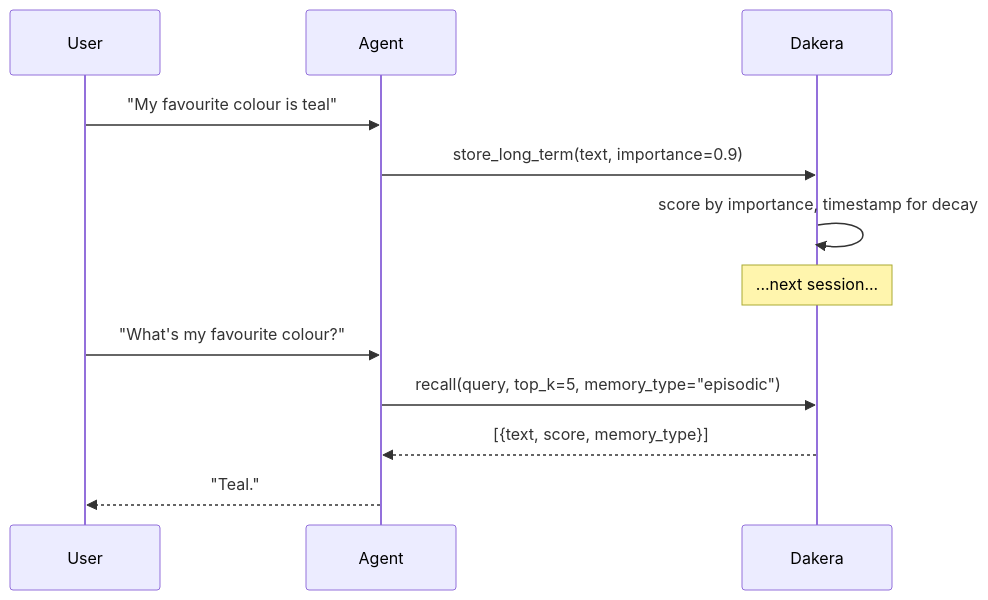
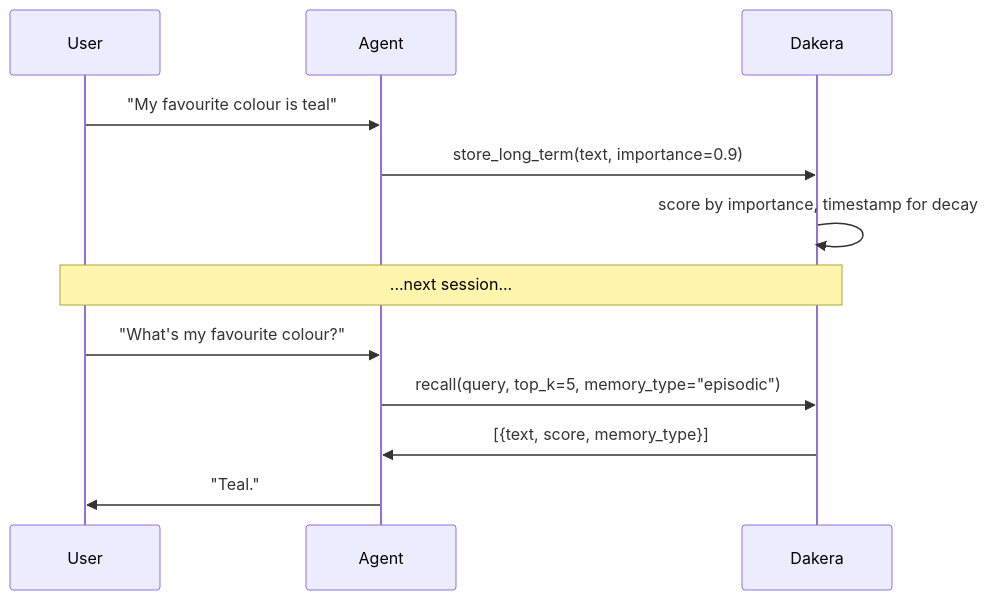
Before and after one commit to MervinPraison/PraisonAIDocs: the second of 2 diagrams in docs/features/dakera-memory.mdx, drawn with Mermaid. The commit also changed other lines of this file and 2 other files, not shown here.

First line of the commit message:
docs: add Dakera memory adapter documentation (fixes #1474)

````diff
--- a/docs/features/dakera-memory.mdx
+++ b/docs/features/dakera-memory.mdx
@@ -120,17 +121,17 @@
 ```mermaid
 sequenceDiagram
     participant User
     participant Agent
     participant Dakera
 
     User->>Agent: "My favourite colour is teal"
     Agent->>Dakera: store_long_term(text, importance=0.9)
     Dakera->>Dakera: score by importance, timestamp for decay
 
-    Note over Dakera: ...next session...
+    Note over User,Dakera: ...next session...
 
     User->>Agent: "What's my favourite colour?"
     Agent->>Dakera: recall(query, top_k=5, memory_type="episodic")
-    Dakera-->>Agent: [{text, score, memory_type}]
-    Agent-->>User: "Teal."
+    Dakera->>Agent: [{text, score, memory_type}]
+    Agent->>User: "Teal."
 ```
````
